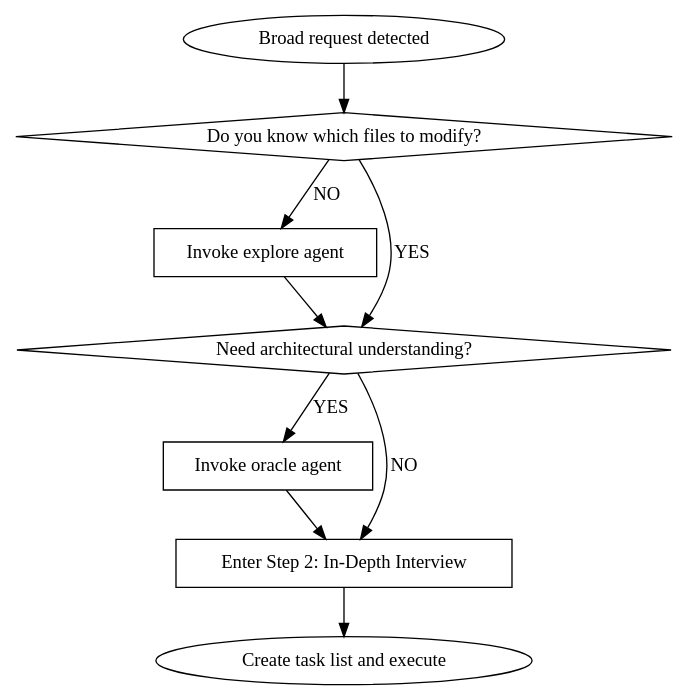
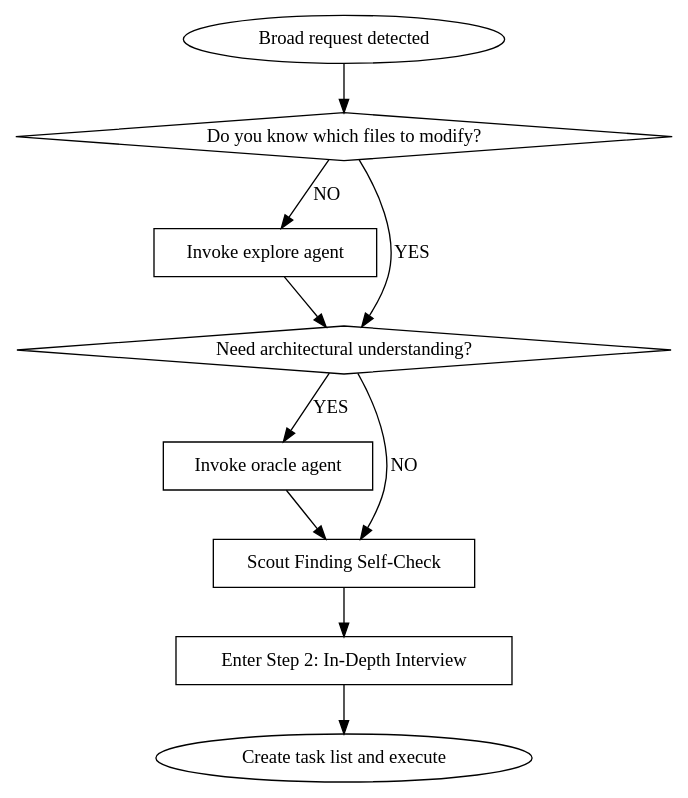
The diagram in skills/sisyphus/decision-gates.md (toongri/oh-my-toong-playground), drawn with Graphviz before and after one commit. The commit also changed 2 other files, not shown here.

Commit message:
fix(sisyphus): broad 경로 scout self-check 도달성 복원

````diff
--- a/skills/sisyphus/decision-gates.md
+++ b/skills/sisyphus/decision-gates.md
@@ -132,21 +132,23 @@
 ```dot
 digraph broad_request_flow {
     rankdir=TB;
     "Broad request detected" [shape=ellipse];
     "Do you know which files to modify?" [shape=diamond];
     "Invoke explore agent" [shape=box];
     "Need architectural understanding?" [shape=diamond];
     "Invoke oracle agent" [shape=box];
+    "Scout Finding Self-Check" [shape=box];
     "Enter Step 2: In-Depth Interview" [shape=box];
     "Create task list and execute" [shape=ellipse];
 
     "Broad request detected" -> "Do you know which files to modify?";
     "Do you know which files to modify?" -> "Invoke explore agent" [label="NO"];
     "Do you know which files to modify?" -> "Need architectural understanding?" [label="YES"];
     "Invoke explore agent" -> "Need architectural understanding?";
     "Need architectural understanding?" -> "Invoke oracle agent" [label="YES"];
-    "Need architectural understanding?" -> "Enter Step 2: In-Depth Interview" [label="NO"];
-    "Invoke oracle agent" -> "Enter Step 2: In-Depth Interview";
+    "Need architectural understanding?" -> "Scout Finding Self-Check" [label="NO"];
+    "Invoke oracle agent" -> "Scout Finding Self-Check";
+    "Scout Finding Self-Check" -> "Enter Step 2: In-Depth Interview";
     "Enter Step 2: In-Depth Interview" -> "Create task list and execute";
 }
 ```
````
